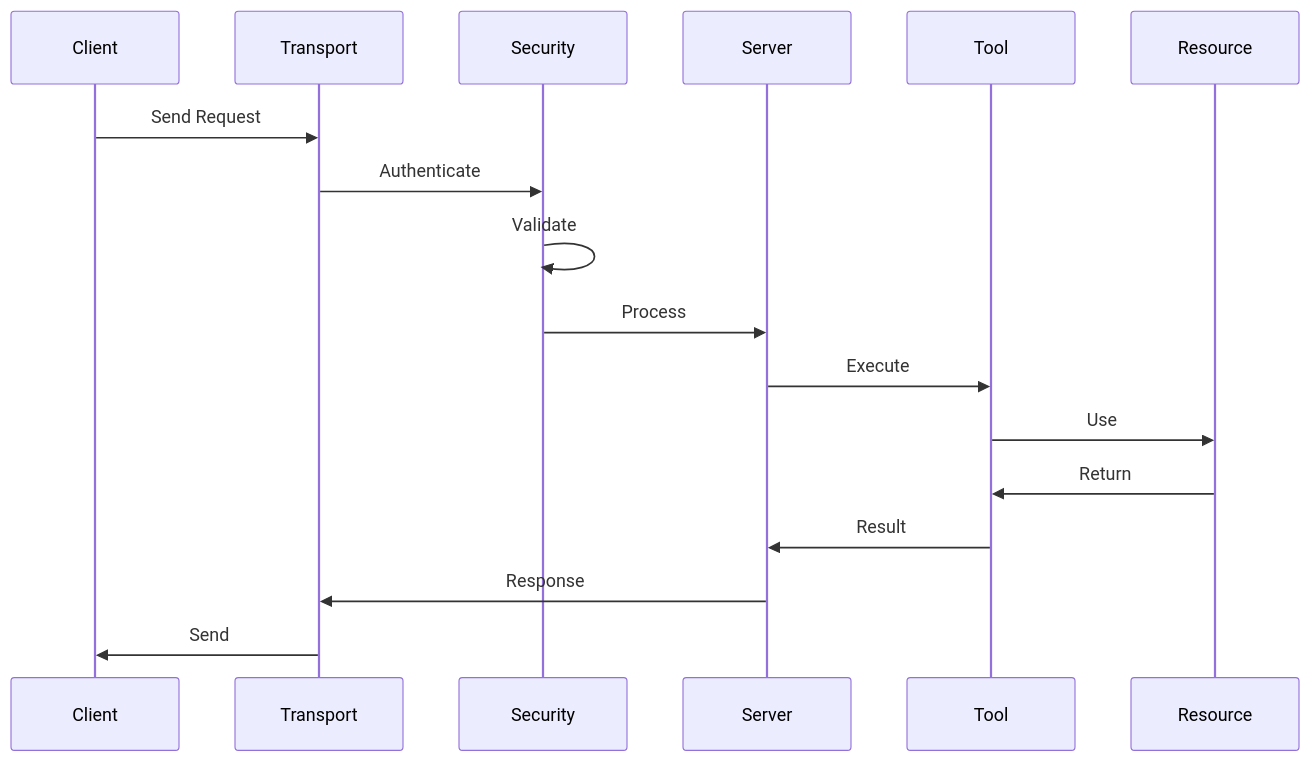
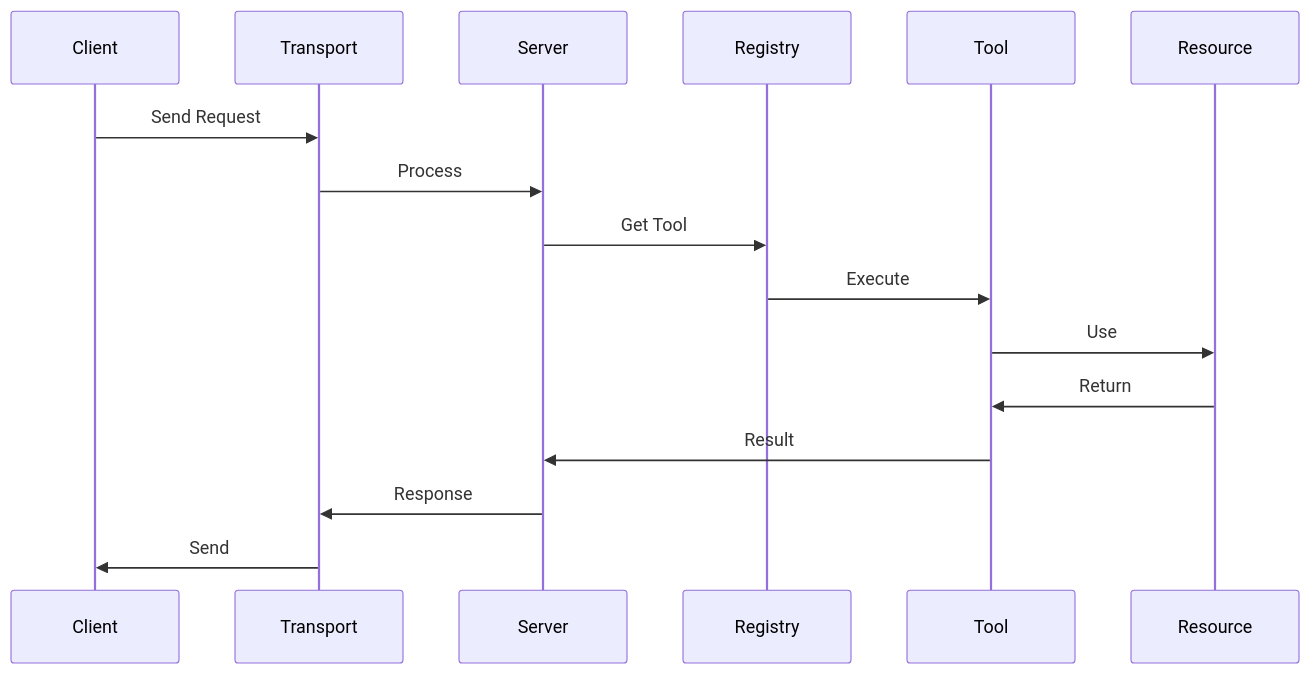
One commit to DavidNazareno/dynemcp changed the second of 3 diagrams in apps/src/content/docs/guides/architecture.mdx. Above: the diagram before and after it, drawn with Mermaid. The commit also changed other lines of this file and 14 other files, not shown here.

````diff
--- a/apps/src/content/docs/guides/architecture.mdx
+++ b/apps/src/content/docs/guides/architecture.mdx
@@ -221,20 +115,19 @@
 ```mermaid
 sequenceDiagram
     participant Client
     participant Transport
-    participant Security
     participant Server
+    participant Registry
     participant Tool
     participant Resource
 
     Client->>Transport: Send Request
-    Transport->>Security: Authenticate
-    Security->>Security: Validate
-    Security->>Server: Process
-    Server->>Tool: Execute
+    Transport->>Server: Process
+    Server->>Registry: Get Tool
+    Registry->>Tool: Execute
     Tool->>Resource: Use
     Resource->>Tool: Return
     Tool->>Server: Result
     Server->>Transport: Response
     Transport->>Client: Send
 ```
````
